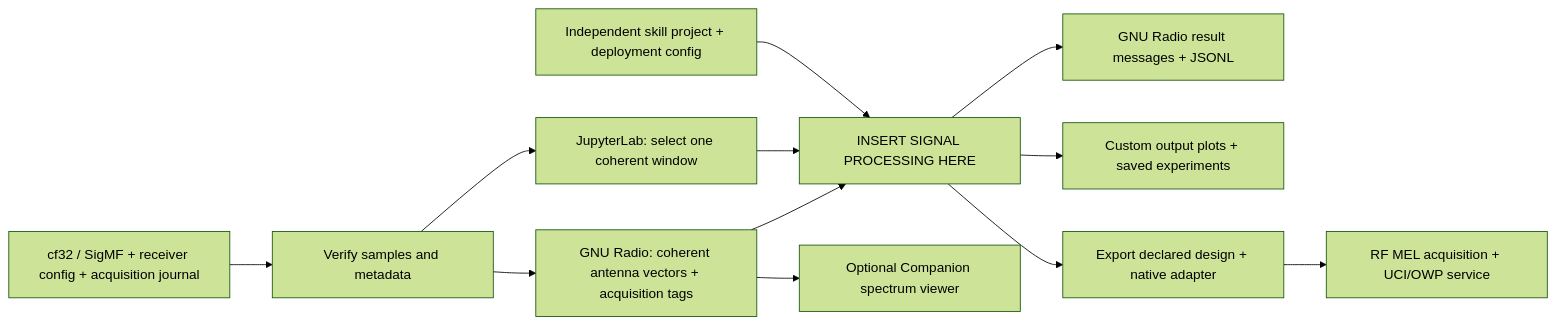
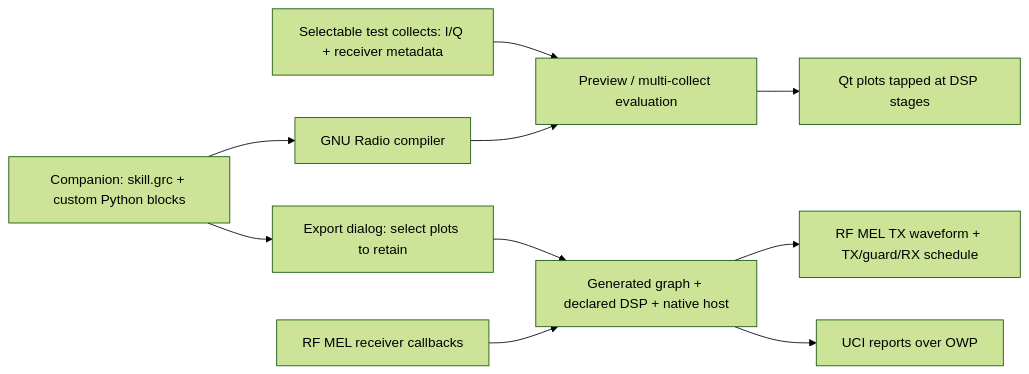
One commit to wa200508/RF-Skill-Harness changed the diagram in README.md. Above: the diagram before and after it, drawn with Mermaid (forest theme). The commit also changed other lines of this file and 20 other files, not shown here.

Commit message:
Develop and export native RX/TX skills through GNU Radio Companion

````diff
--- a/README.md
+++ b/README.md
@@ -9,14 +9,12 @@
 ```mermaid
 flowchart LR
-  A["cf32 / SigMF + receiver config + acquisition journal"] --> B["Verify samples and metadata"]
-  B --> C["GNU Radio: coherent antenna vectors + acquisition tags"]
-  B --> N["JupyterLab: select one coherent window"]
-  C --> D["INSERT SIGNAL PROCESSING HERE"]
-  N --> D
-  S["Independent skill project + deployment config"] --> D
-  D --> E["GNU Radio result messages + JSONL"]
-  D --> P["Custom output plots + saved experiments"]
-  C --> F["Optional Companion spectrum viewer"]
-  D --> X["Export declared design + native adapter"]
-  X --> Y["RF MEL acquisition + UCI/OWP service"]
+  G["Companion: skill.grc + custom Python blocks"] --> C["GNU Radio compiler"]
+  D["Selectable test collects: I/Q + receiver metadata"] --> P["Preview / multi-collect evaluation"]
+  C --> P
+  P --> V["Qt plots tapped at DSP stages"]
+  G --> E["Export dialog: select plots to retain"]
+  E --> S["Generated graph + declared DSP + native host"]
+  RX["RF MEL receiver callbacks"] --> S
+  S --> TX["RF MEL TX waveform + TX/guard/RX schedule"]
+  S --> U["UCI reports over OWP"]
 ```
````
